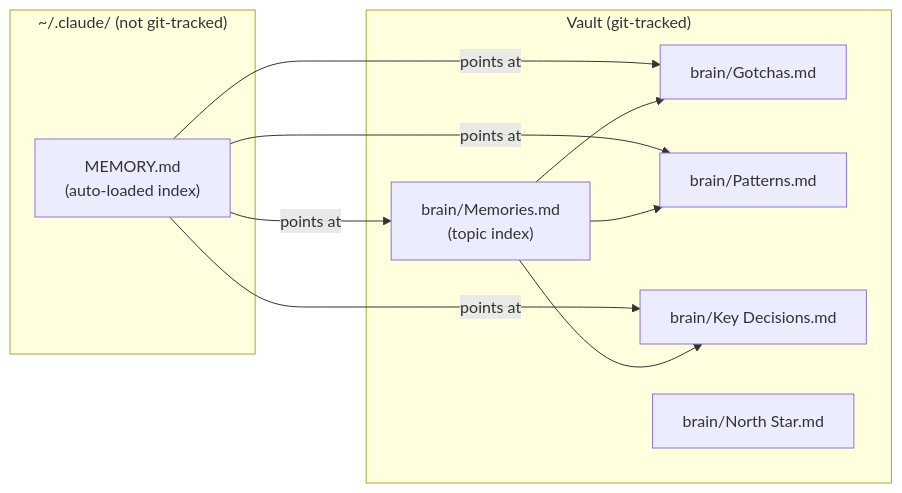
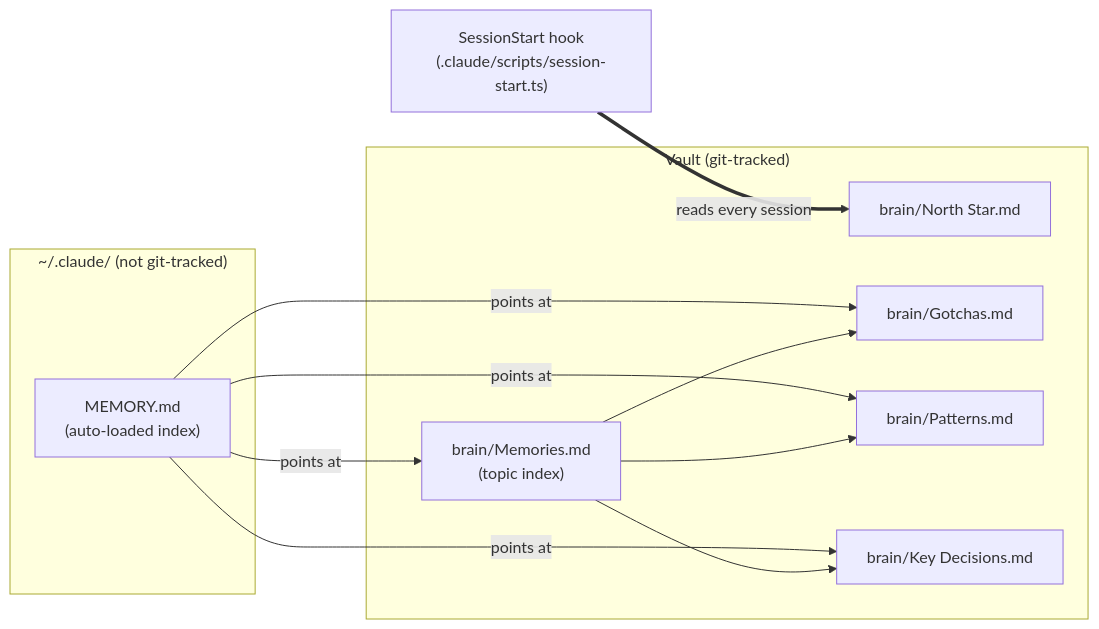
One commit to breferrari/obsidian-mind changed the seventh of 7 diagrams in ARCHITECTURE.md. Above: the diagram before and after it, drawn with Mermaid. The commit also changed other lines of this file, not shown here.

First line of the commit message:
docs: broaden Vault-First Memory diagram to show SessionStart direct-inject path

````diff
--- a/ARCHITECTURE.md
+++ b/ARCHITECTURE.md
@@ -288,21 +288,23 @@
 ```mermaid
 flowchart LR
+    SessionStart["SessionStart hook<br/>(.claude/scripts/session-start.ts)"]
     subgraph Ephemeral["~/.claude/ (not git-tracked)"]
         MemIndex["MEMORY.md<br/>(auto-loaded index)"]
     end
     subgraph Durable["Vault (git-tracked)"]
+        NorthStar["brain/North Star.md"]
         BrainIdx["brain/Memories.md<br/>(topic index)"]
         Gotchas["brain/Gotchas.md"]
         Patterns["brain/Patterns.md"]
         Decisions["brain/Key Decisions.md"]
-        NorthStar["brain/North Star.md"]
     end
 
+    SessionStart ==>|reads every session| NorthStar
     MemIndex -->|points at| BrainIdx
     MemIndex -->|points at| Gotchas
     MemIndex -->|points at| Patterns
     MemIndex -->|points at| Decisions
     BrainIdx --> Gotchas
     BrainIdx --> Patterns
     BrainIdx --> Decisions
 ```
````
